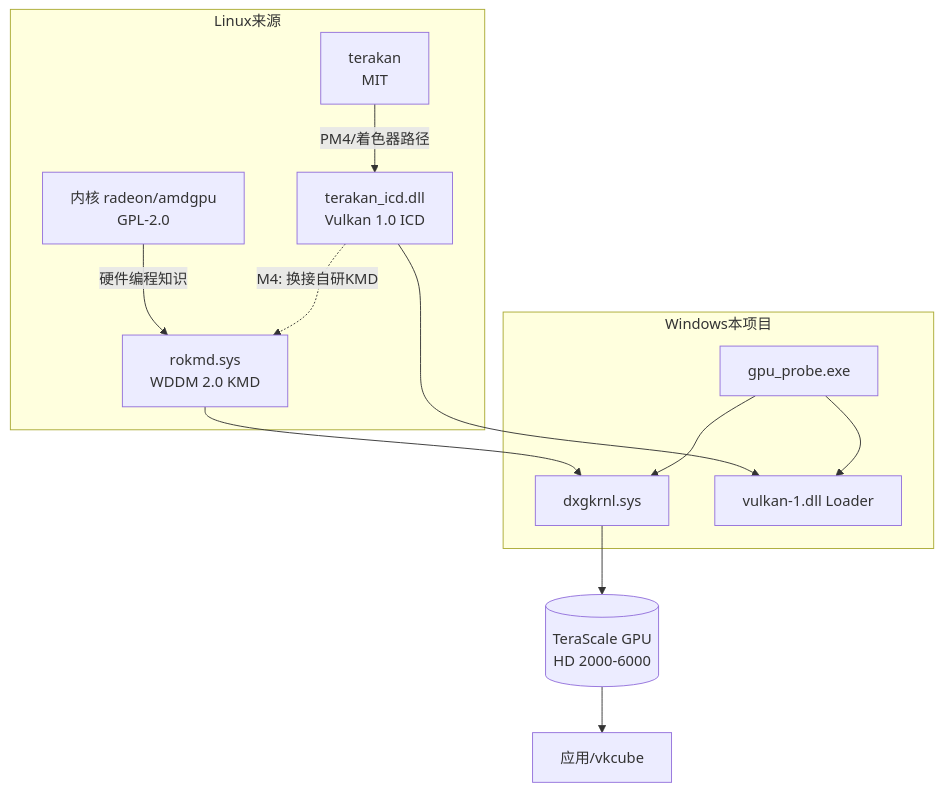
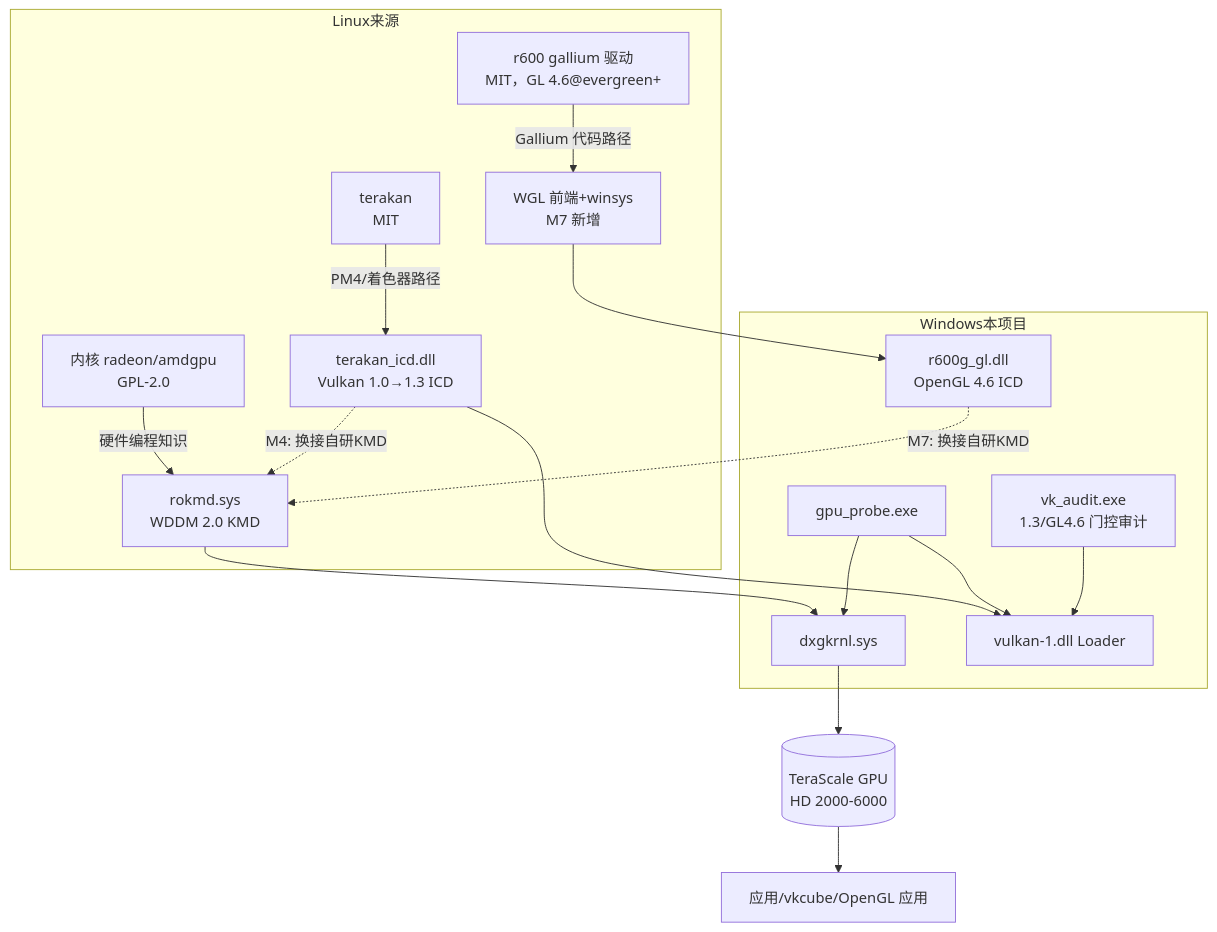
Before and after one commit to yuchenlin4827-hitch/radeon-windows: the diagram in docs/architecture.md, drawn with Mermaid. The commit also changed other lines of this file and 5 other files, not shown here.

First line of the commit message:
docs: insert M5.5/M7 into roadmap; correct r600 GL 4.6 status repo-wide

````diff
--- a/docs/architecture.md
+++ b/docs/architecture.md
@@ -132,16 +139,20 @@
 ```mermaid
 flowchart TD
     subgraph Linux来源
         RA[内核 radeon/amdgpu\nGPL-2.0] -->|硬件编程知识| KMD
         TERA[terakan\nMIT] -->|PM4/着色器路径| UMD
+        R600G[r600 gallium 驱动\nMIT，GL 4.6@evergreen+] -->|Gallium 代码路径| WGLF[WGL 前端+winsys\nM7 新增]
     end
     subgraph Windows本项目
         KMD[rokmd.sys\nWDDM 2.0 KMD] --> DXGK[dxgkrnl.sys]
-        UMD[terakan_icd.dll\nVulkan 1.0 ICD] --> LOADER[vulkan-1.dll Loader]
+        UMD[terakan_icd.dll\nVulkan 1.0→1.3 ICD] --> LOADER[vulkan-1.dll Loader]
+        WGLF --> ROKGL[r600g_gl.dll\nOpenGL 4.6 ICD]
+        ROKGL -.M7: 换接自研KMD .-> KMD
         UMD -. M4: 换接自研KMD .-> KMD
         PROBE[gpu_probe.exe] --> DXGK
         PROBE --> LOADER
+        AUDIT[vk_audit.exe\n1.3/GL4.6 门控审计] --> LOADER
     end
     DXGK --> HW[(TeraScale GPU\nHD 2000-6000)]
-    HW --> APP[应用/vkcube]
+    HW --> APP[应用/vkcube/OpenGL 应用]
 ```
````
